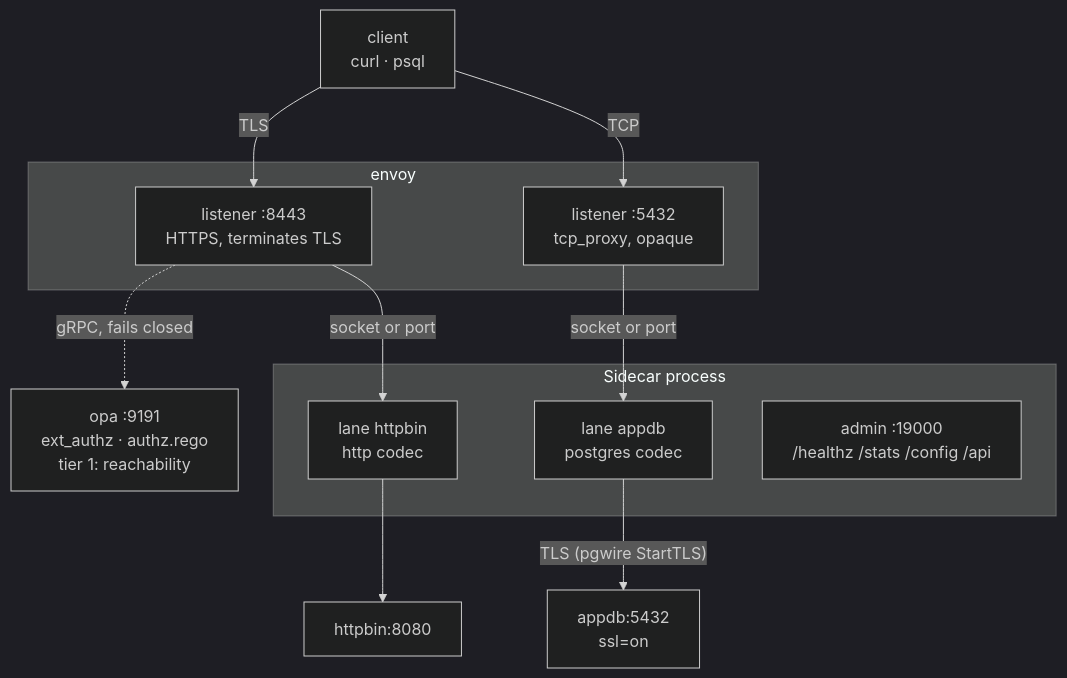
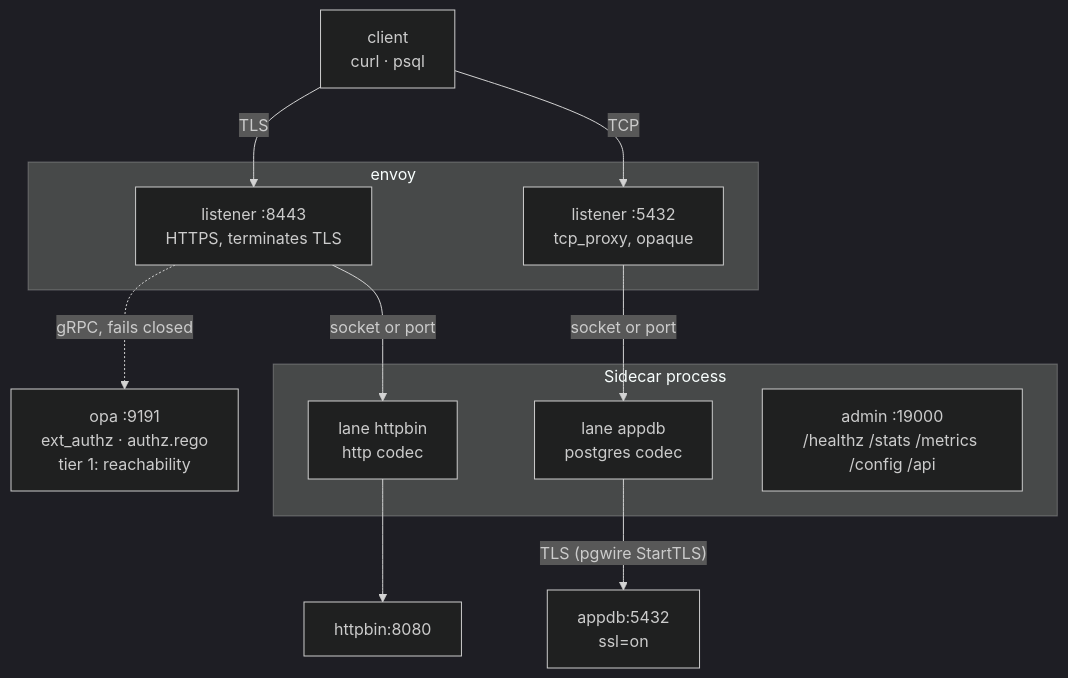
Before and after one commit to hoophq/documentation: the first of 4 diagrams in setup/configuration/hoop-sidecar/components.mdx, drawn with Mermaid (dark theme). The commit also changed 2 other files, not shown here.

Commit message:
DEP-298: docs(sidecar): analyzer tuning and metrics (#214)
* add: docs ai analyzer

* DEP-298: docs(sidecar): Retry-After 0, numeric extras, labels on gemini

````diff
--- a/setup/configuration/hoop-sidecar/components.mdx
+++ b/setup/configuration/hoop-sidecar/components.mdx
@@ -18,26 +18,26 @@
 ```mermaid
 flowchart TB
     C["client<br/>curl · psql"]
 
     subgraph envoy["envoy"]
       L8443["listener :8443<br/>HTTPS, terminates TLS"]
       L5432["listener :5432<br/>tcp_proxy, opaque"]
     end
 
     OPA["opa :9191<br/>ext_authz · authz.rego<br/>tier 1: reachability"]
 
     subgraph si["Sidecar process"]
       LH["lane httpbin<br/>http codec"]
       LP["lane appdb<br/>postgres codec"]
-      ADM["admin :19000<br/>/healthz /stats /config /api"]
+      ADM["admin :19000<br/>/healthz /stats /metrics /config /api"]
     end
 
     H["httpbin:8080"]
     D["appdb:5432<br/>ssl=on"]
 
     C -- TLS --> L8443
     C -- TCP --> L5432
     L8443 -. "gRPC, fails closed" .-> OPA
     L8443 -- "socket or port" --> LH --> H
     L5432 -- "socket or port" --> LP -- "TLS (pgwire StartTLS)" --> D
 ```
````
